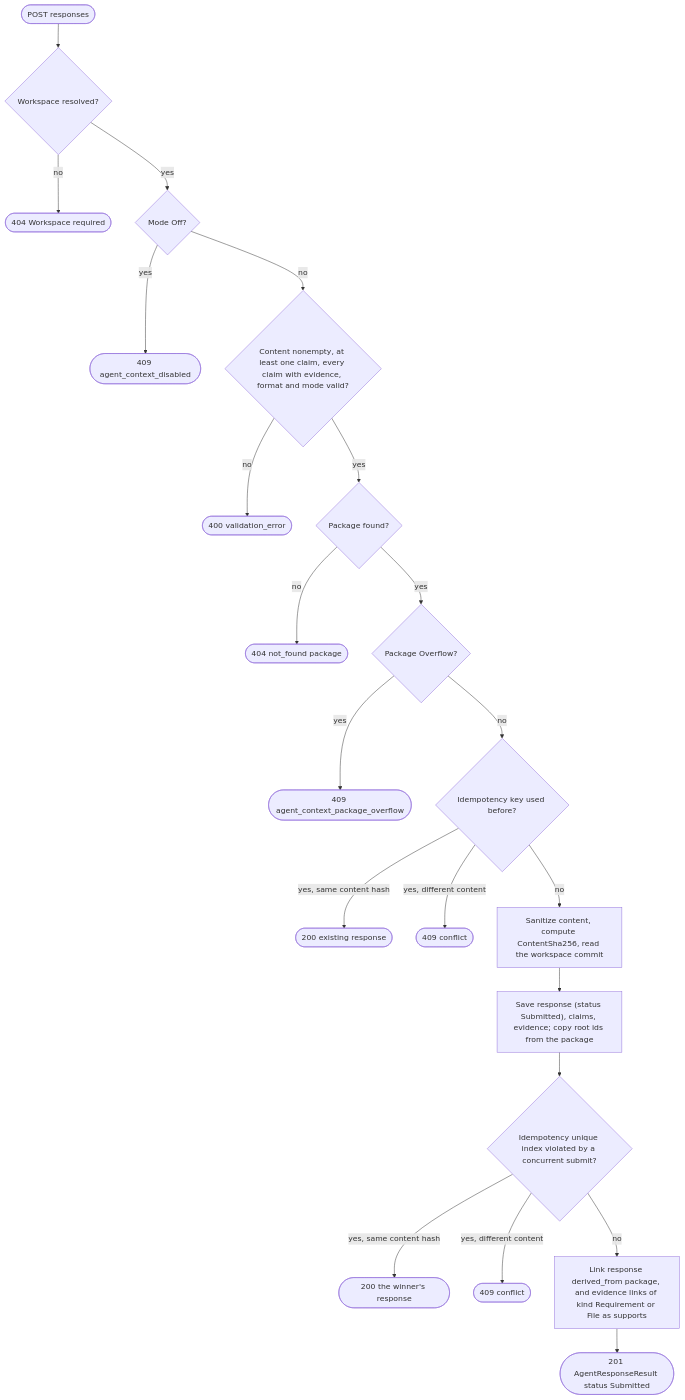
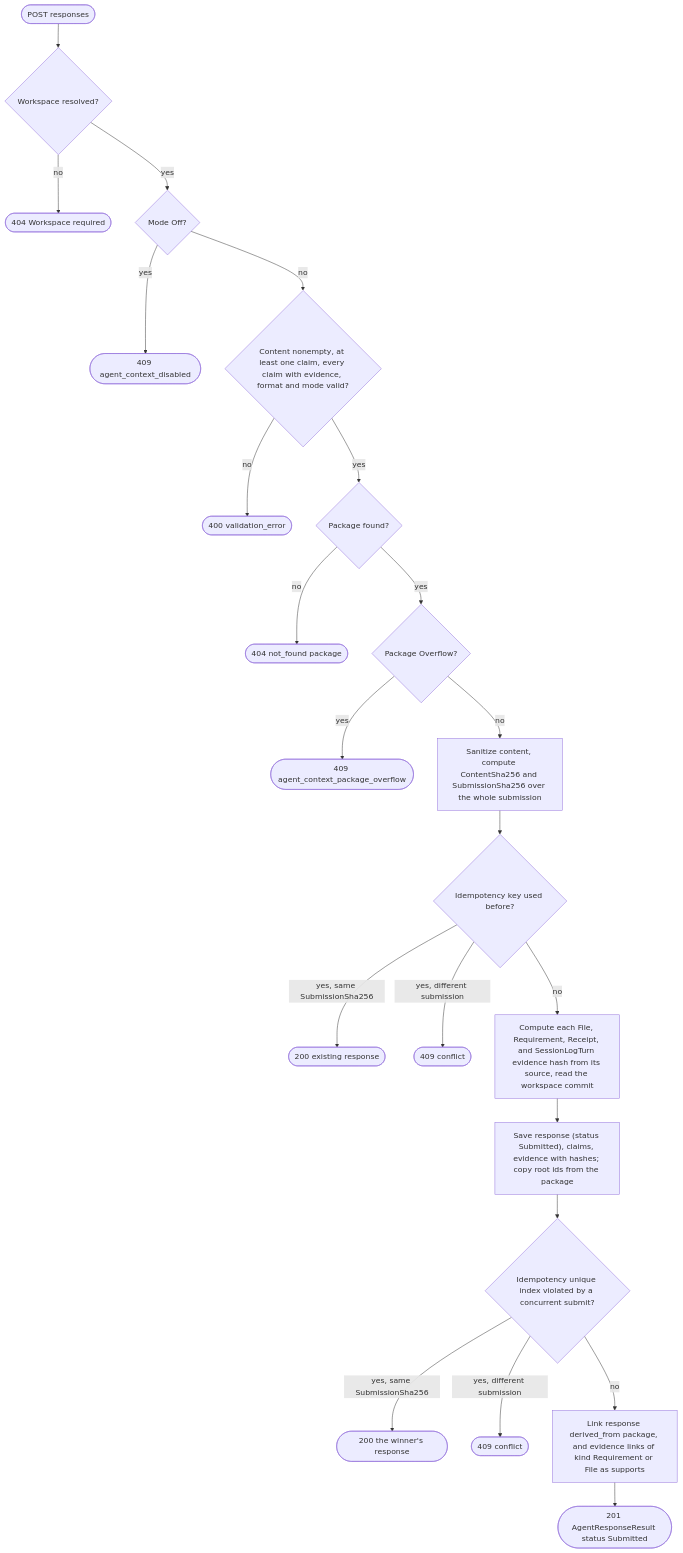
Before and after one commit to sharpninja/McpServer: the eighth of 59 diagrams in docs/Stateless-Agent-Context-Management.md, drawn with Mermaid. The commit also changed other lines of this file and 2 other files, not shown here.

````diff
--- a/docs/Stateless-Agent-Context-Management.md
+++ b/docs/Stateless-Agent-Context-Management.md
@@ -433,23 +439,24 @@
 ```mermaid
 flowchart TD
     S(["POST responses"]) --> W{"Workspace resolved?"}
     W -->|no| E0(["404 Workspace required"])
     W -->|yes| MO{"Mode Off?"}
     MO -->|yes| E1(["409 agent_context_disabled"])
     MO -->|no| V{"Content nonempty, at least one claim, every claim with evidence, format and mode valid?"}
     V -->|no| E2(["400 validation_error"])
     V -->|yes| P{"Package found?"}
     P -->|no| E3(["404 not_found package"])
     P -->|yes| OV{"Package Overflow?"}
     OV -->|yes| E4(["409 agent_context_package_overflow"])
-    OV -->|no| ID{"Idempotency key used before?"}
-    ID -->|yes, same content hash| EX(["200 existing response"])
-    ID -->|yes, different content| E5(["409 conflict"])
-    ID -->|no| SAN["Sanitize content, compute ContentSha256, read the workspace commit"]
-    SAN --> SV["Save response (status Submitted), claims, evidence; copy root ids from the package"]
+    OV -->|no| FP["Sanitize content, compute ContentSha256 and SubmissionSha256 over the whole submission"]
+    FP --> ID{"Idempotency key used before?"}
+    ID -->|yes, same SubmissionSha256| EX(["200 existing response"])
+    ID -->|yes, different submission| E5(["409 conflict"])
+    ID -->|no| SAN["Compute each File, Requirement, Receipt, and SessionLogTurn evidence hash from its source, read the workspace commit"]
+    SAN --> SV["Save response (status Submitted), claims, evidence with hashes; copy root ids from the package"]
     SV --> RACE{"Idempotency unique index violated by a concurrent submit?"}
-    RACE -->|yes, same content hash| EX2(["200 the winner's response"])
-    RACE -->|yes, different content| E6(["409 conflict"])
+    RACE -->|yes, same SubmissionSha256| EX2(["200 the winner's response"])
+    RACE -->|yes, different submission| E6(["409 conflict"])
     RACE -->|no| REL["Link response derived_from package, and evidence links of kind Requirement or File as supports"]
     REL --> OK(["201 AgentResponseResult status Submitted"])
 ```
````
